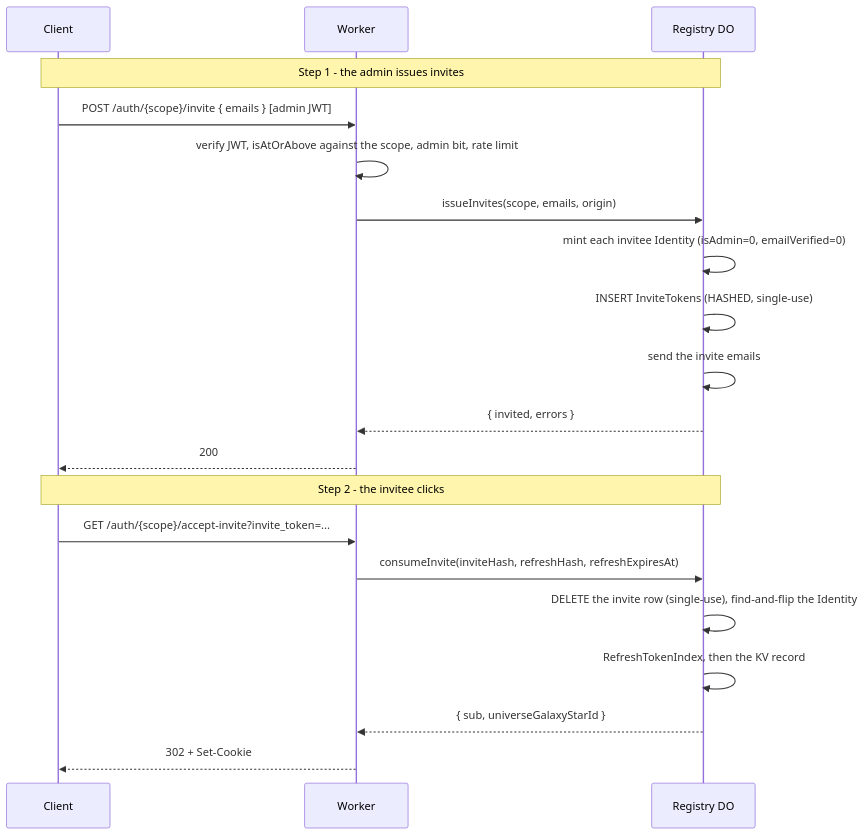
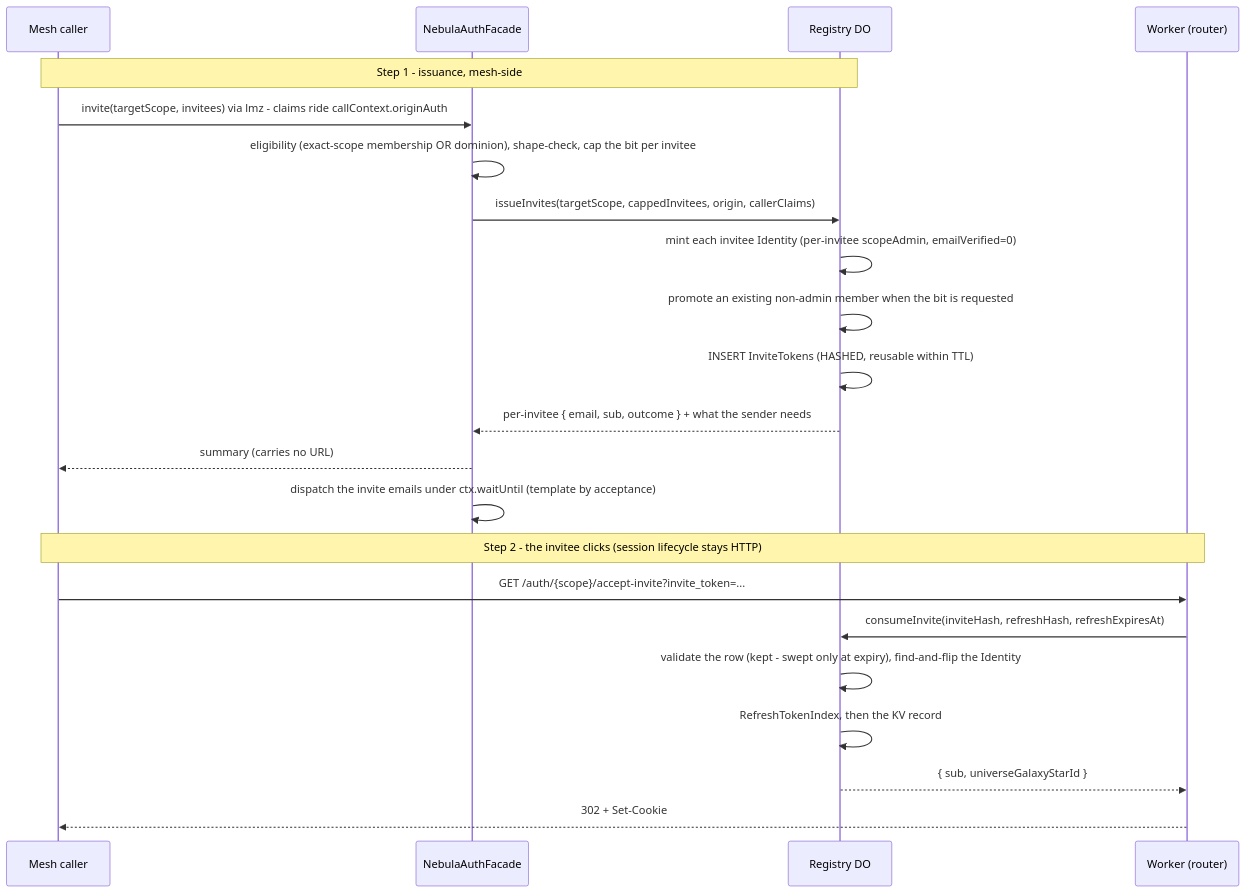
The third of 8 diagrams in packages/nebula-auth/README.md (lumenize/lumenize), drawn with Mermaid before and after one commit. The commit also changed other lines of this file and 56 other files, not shown here.

````diff
--- a/packages/nebula-auth/README.md
+++ b/packages/nebula-auth/README.md
@@ -243,24 +246,26 @@
 ```mermaid
 sequenceDiagram
-    participant C as Client
-    participant W as Worker
+    participant C as Mesh caller
+    participant F as NebulaAuthFacade
     participant R as Registry DO
+    participant W as Worker (router)
 
-    Note over C,R: Step 1 - the admin issues invites
-    C->>W: POST /auth/{scope}/invite { emails } [admin JWT]
-    W->>W: verify JWT, isAtOrAbove against the scope, admin bit, rate limit
-    W->>R: issueInvites(scope, emails, origin)
-    R->>R: mint each invitee Identity (isAdmin=0, emailVerified=0)
-    R->>R: INSERT InviteTokens (HASHED, single-use)
-    R->>R: send the invite emails
-    R-->>W: { invited, errors }
-    W-->>C: 200
+    Note over C,R: Step 1 - issuance, mesh-side
+    C->>F: invite(targetScope, invitees) via lmz - claims ride callContext.originAuth
+    F->>F: eligibility (exact-scope membership OR dominion), shape-check, cap the bit per invitee
+    F->>R: issueInvites(targetScope, cappedInvitees, origin, callerClaims)
+    R->>R: mint each invitee Identity (per-invitee scopeAdmin, emailVerified=0)
+    R->>R: promote an existing non-admin member when the bit is requested
+    R->>R: INSERT InviteTokens (HASHED, reusable within TTL)
+    R-->>F: per-invitee { email, sub, outcome } + what the sender needs
+    F-->>C: summary (carries no URL)
+    F->>F: dispatch the invite emails under ctx.waitUntil (template by acceptance)
 
-    Note over C,R: Step 2 - the invitee clicks
+    Note over C,W: Step 2 - the invitee clicks (session lifecycle stays HTTP)
     C->>W: GET /auth/{scope}/accept-invite?invite_token=...
     W->>R: consumeInvite(inviteHash, refreshHash, refreshExpiresAt)
-    R->>R: DELETE the invite row (single-use), find-and-flip the Identity
+    R->>R: validate the row (kept - swept only at expiry), find-and-flip the Identity
     R->>R: RefreshTokenIndex, then the KV record
     R-->>W: { sub, universeGalaxyStarId }
     W-->>C: 302 + Set-Cookie
 ```
````
